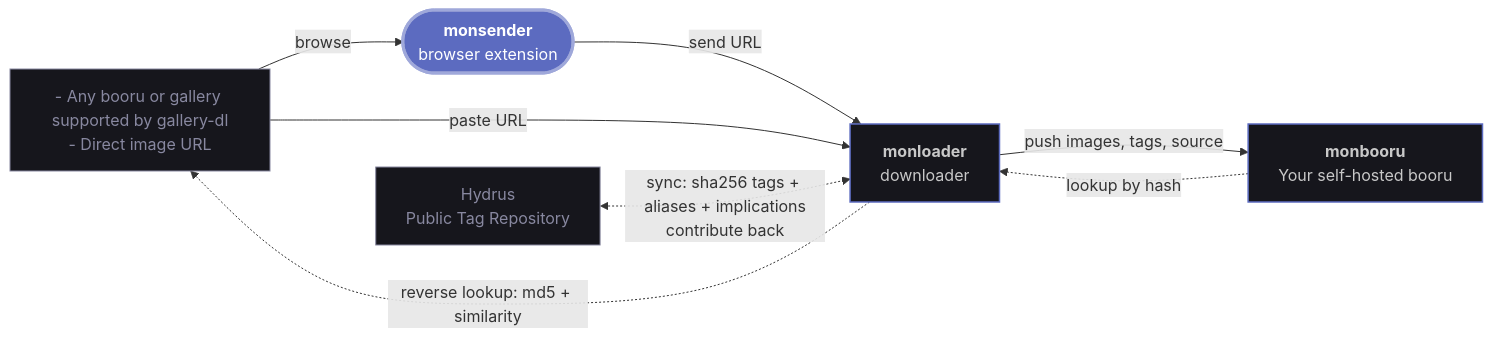
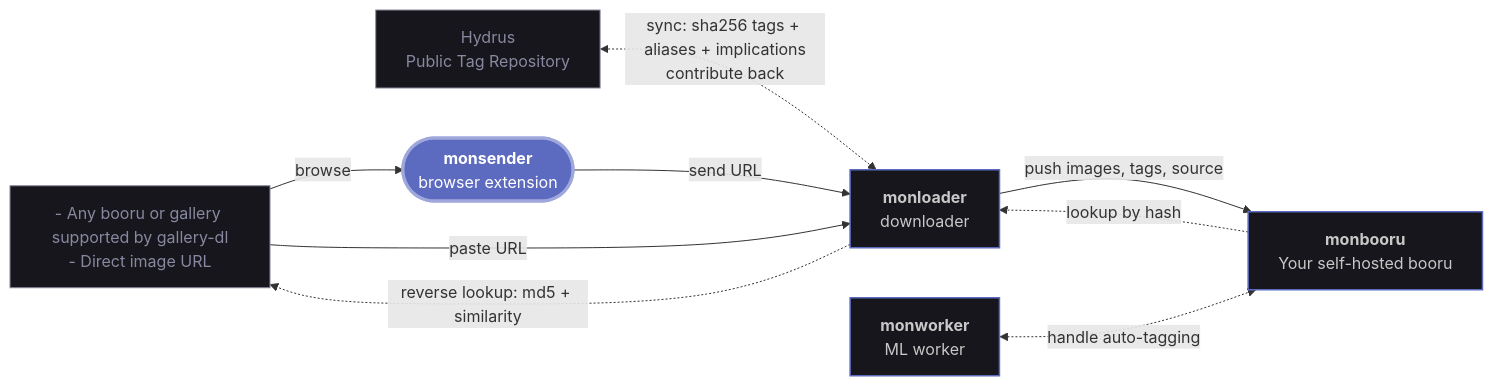
Before and after one commit to monbooru/monsender: the diagram in README.md, drawn with Mermaid. The commit also changed other lines of this file, not shown here.

Commit message:
docs(readme): add monworker to the related apps

````diff
--- a/README.md
+++ b/README.md
@@ -19,37 +19,40 @@
 ```mermaid
 ---
 config:
   layout: dagre
   flowchart:
     wrappingWidth: 200
 ---
 flowchart LR
     web["`- Any booru or gallery supported by gallery-dl
 - Direct image URL`"]
     ptr["`Hydrus
 Public Tag Repository`"]
     sender(["`**monsender**
 browser extension`"])
     loader["`**monloader**
 downloader`"]
     booru["`**monbooru**
 Your self-hosted booru`"]
+    worker["`**monworker**
+ML worker`"]
 
     web -->|browse| sender
     sender -->|send URL| loader
     web -->|paste URL| loader
     loader -->|push images, tags, source| booru
 
     booru -.->|lookup by hash| loader
     loader -.->|reverse lookup: md5 + similarity| web
     ptr <-.->|"`sync: sha256 tags + aliases + implications
 contribute back`"| loader
+    worker <-.->|handle auto-tagging| booru
 
     classDef hub  fill:#5c6bc0,stroke:#9fa8da,stroke-width:3px,color:#ffffff;
     classDef tool fill:#16161c,stroke:#5c6bc0,stroke-width:1.5px,color:#c8c8c8;
     classDef src  fill:#16161c,stroke:#8888a0,stroke-width:1px,color:#8888a0;
 
     class sender hub;
-    class loader,booru tool;
+    class loader,booru,worker tool;
     class web,ptr src;
 ```
````
